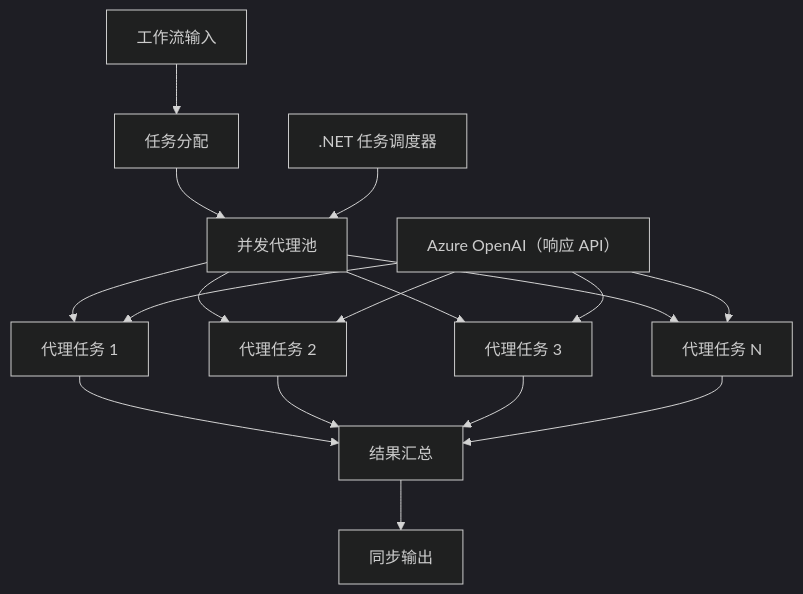
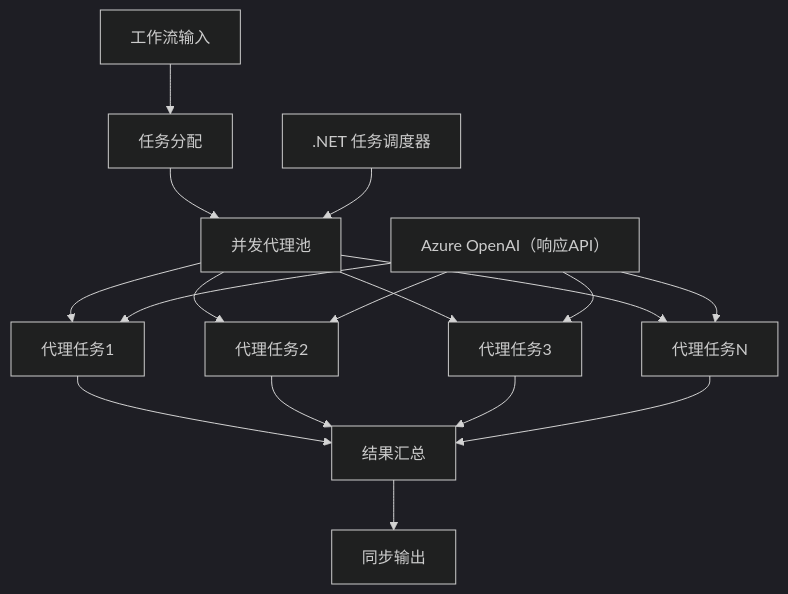
The diagram in translations/zh-CN/08-multi-agent/code_samples/workflows-agent-framework/dotNET/03.dotnet-agent-framework-workflow-ghmodel-concurrent.md (venturemavenwill/azureaifundamentals), drawn with Mermaid (dark theme) before and after one commit. The commit also changed other lines of this file and 263 other files, not shown here.

````diff
--- a/translations/zh-CN/08-multi-agent/code_samples/workflows-agent-framework/dotNET/03.dotnet-agent-framework-workflow-ghmodel-concurrent.md
+++ b/translations/zh-CN/08-multi-agent/code_samples/workflows-agent-framework/dotNET/03.dotnet-agent-framework-workflow-ghmodel-concurrent.md
@@ -69,23 +69,23 @@
 ```mermaid
 graph TD
     A[工作流输入] --> B[任务分配]
     B --> C[并发代理池]
-    C --> D[代理任务 1]
-    C --> E[代理任务 2]
-    C --> F[代理任务 3]
-    C --> G[代理任务 N]
+    C --> D[代理任务1]
+    C --> E[代理任务2]
+    C --> F[代理任务3]
+    C --> G[代理任务N]
     
     D --> H[结果汇总]
     E --> H
     F --> H
     G --> H
     
     H --> I[同步输出]
     
-    J[Azure OpenAI（响应 API）] --> D
+    J[Azure OpenAI（响应API）] --> D
     J --> E
     J --> F
     J --> G
     
     K[.NET 任务调度器] --> C
 ```
````
